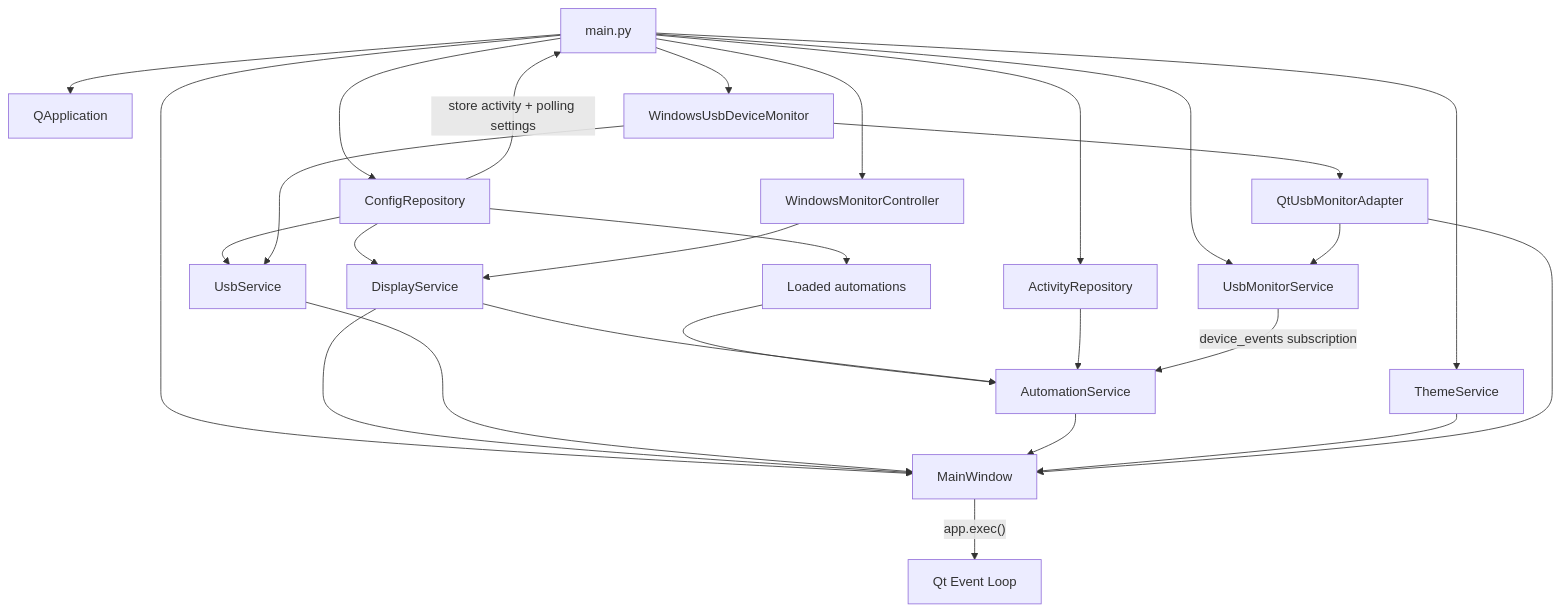
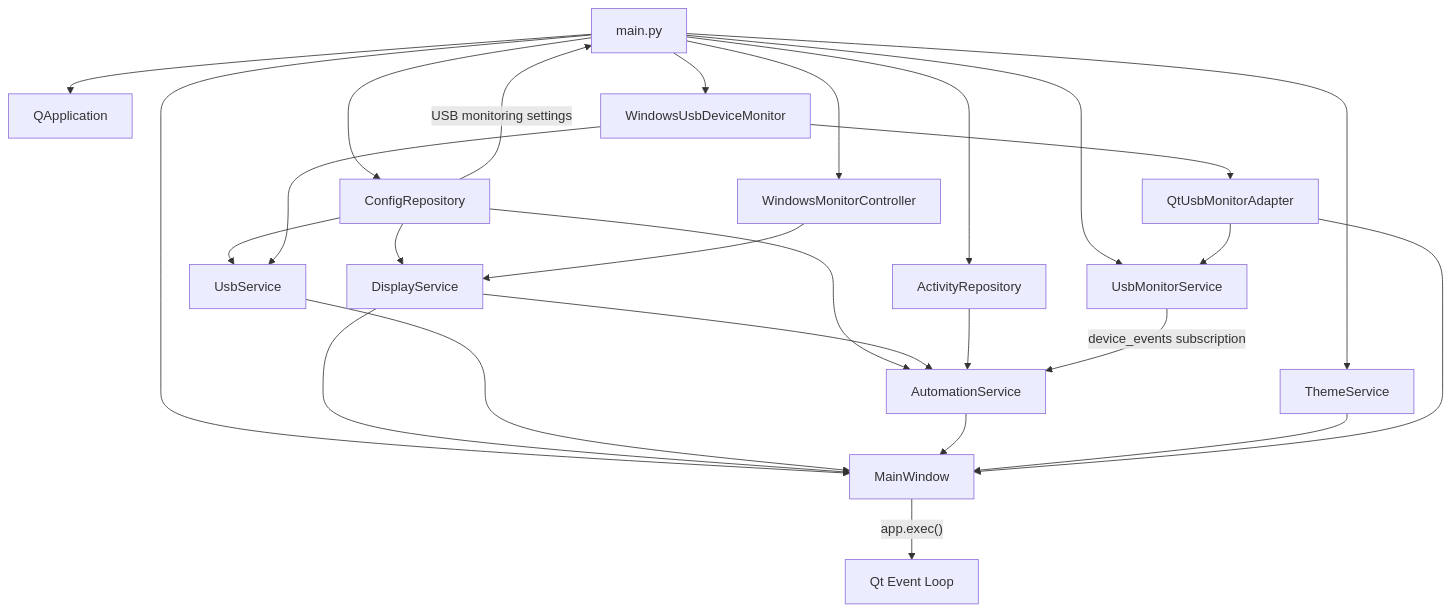
One commit to Gayoon1234/monitor-switcher changed the second of 4 diagrams in docs/technical-implementation.md. Above: the diagram before and after it, drawn with Mermaid. The commit also changed other lines of this file and 13 other files, not shown here.

````diff
--- a/docs/technical-implementation.md
+++ b/docs/technical-implementation.md
@@ -87,34 +87,33 @@
 ```mermaid
 flowchart TD
     Entry["main.py"] --> QApplication["QApplication"]
     Entry --> Theme["ThemeService"]
     Entry --> Monitor["WindowsMonitorController"]
     Entry --> UsbHardware["WindowsUsbDeviceMonitor"]
     Entry --> Config["ConfigRepository"]
 
     Config --> Display["DisplayService"]
     Monitor --> Display
 
     Config --> Usb["UsbService"]
     UsbHardware --> Usb
 
-    Config --> Automations["Loaded automations"]
     Entry --> Activity["ActivityRepository"]
-    Automations --> Automation["AutomationService"]
+    Config --> Automation["AutomationService"]
     Display --> Automation
     Activity --> Automation
-    Config -->|"store activity + polling settings"| Entry
+    Config -->|"USB monitoring settings"| Entry
 
     UsbHardware --> QtUsb["QtUsbMonitorAdapter"]
     Entry --> MonitorService["UsbMonitorService"]
     MonitorService -->|"device_events subscription"| Automation
     QtUsb --> MonitorService
 
     Entry --> Window["MainWindow"]
     Display --> Window
     Usb --> Window
     Automation --> Window
     Theme --> Window
     QtUsb --> Window
     Window -->|"app.exec()"| Running["Qt Event Loop"]
 ```
````
